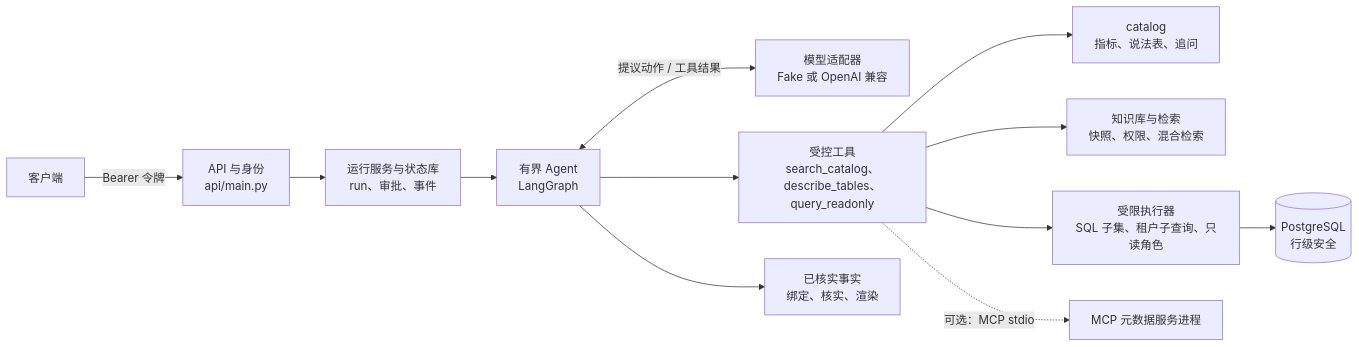
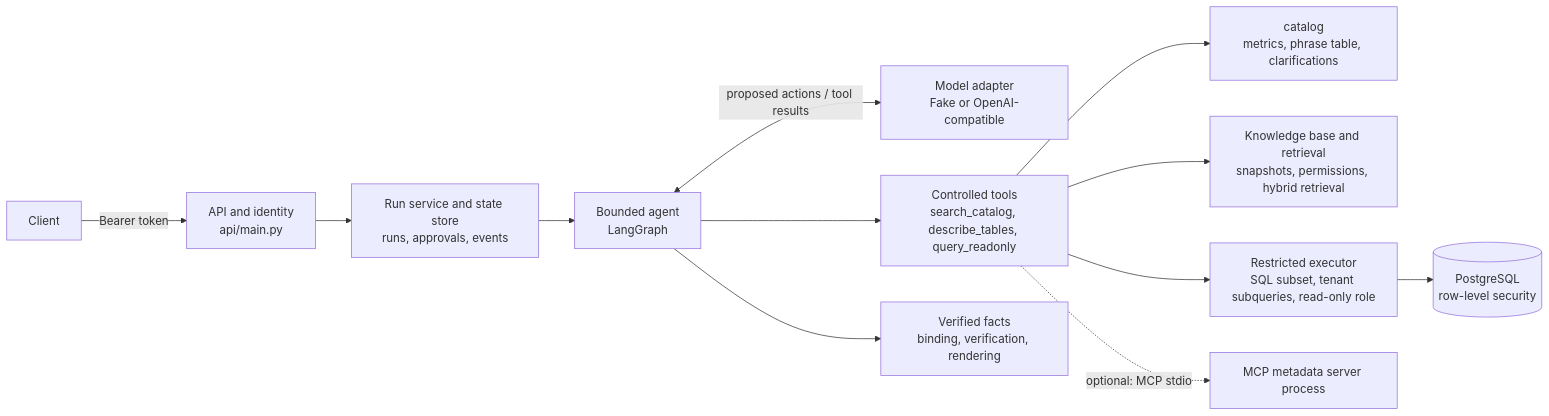
The diagram in README.md (Jonsonwu0823-coding/queryshield), drawn with Mermaid before and after one commit. The commit also changed other lines of this file and 35 other files, not shown here.

````diff
--- a/README.md
+++ b/README.md
@@ -85,14 +85,14 @@
 ```mermaid
 flowchart LR
-    C["客户端"] -->|"Bearer 令牌"| API["API 与身份<br/>api/main.py"]
-    API --> RS["运行服务与状态库<br/>run、审批、事件"]
-    RS --> AG["有界 Agent<br/>LangGraph"]
-    AG <-->|"提议动作 / 工具结果"| M["模型适配器<br/>Fake 或 OpenAI 兼容"]
-    AG --> T["受控工具<br/>search_catalog、describe_tables、query_readonly"]
-    T --> CAT["catalog<br/>指标、说法表、追问"]
-    T --> KB["知识库与检索<br/>快照、权限、混合检索"]
-    T --> EX["受限执行器<br/>SQL 子集、租户子查询、只读角色"]
-    EX --> DB[("PostgreSQL<br/>行级安全")]
-    AG --> F["已核实事实<br/>绑定、核实、渲染"]
-    T -. "可选：MCP stdio" .-> MCP["MCP 元数据服务进程"]
+    C["Client"] -->|"Bearer token"| API["API and identity<br/>api/main.py"]
+    API --> RS["Run service and state store<br/>runs, approvals, events"]
+    RS --> AG["Bounded agent<br/>LangGraph"]
+    AG <-->|"proposed actions / tool results"| M["Model adapter<br/>Fake or OpenAI-compatible"]
+    AG --> T["Controlled tools<br/>search_catalog, describe_tables, query_readonly"]
+    T --> CAT["catalog<br/>metrics, phrase table, clarifications"]
+    T --> KB["Knowledge base and retrieval<br/>snapshots, permissions, hybrid retrieval"]
+    T --> EX["Restricted executor<br/>SQL subset, tenant subqueries, read-only role"]
+    EX --> DB[("PostgreSQL<br/>row-level security")]
+    AG --> F["Verified facts<br/>binding, verification, rendering"]
+    T -. "optional: MCP stdio" .-> MCP["MCP metadata server process"]
 ```
````
